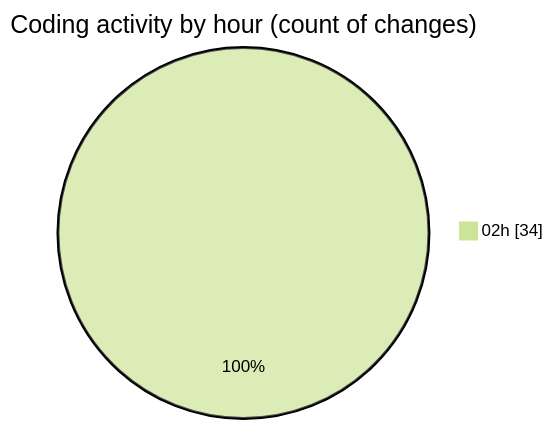
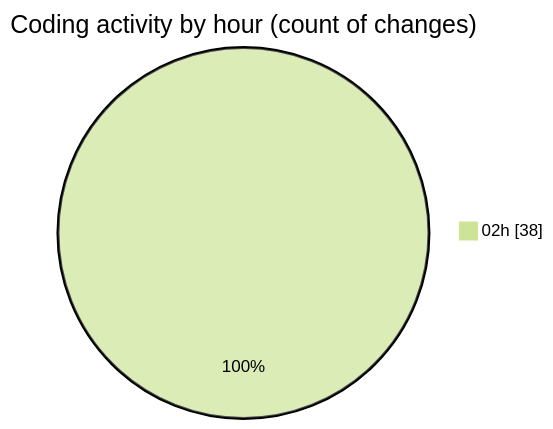
One commit to ernivani/code-tracking changed the second of 2 diagrams in 2025-01-02/3drust/README.md. Above: the diagram before and after it, drawn with Mermaid (forest theme). The commit also changed other lines of this file and 2 other files, not shown here.

````diff
--- a/2025-01-02/3drust/README.md
+++ b/2025-01-02/3drust/README.md
@@ -31,5 +32,5 @@
 ```mermaid
 pie showData
 title Coding activity by hour (count of changes)
-"02h" : 34
+"02h" : 38
 ```
````
